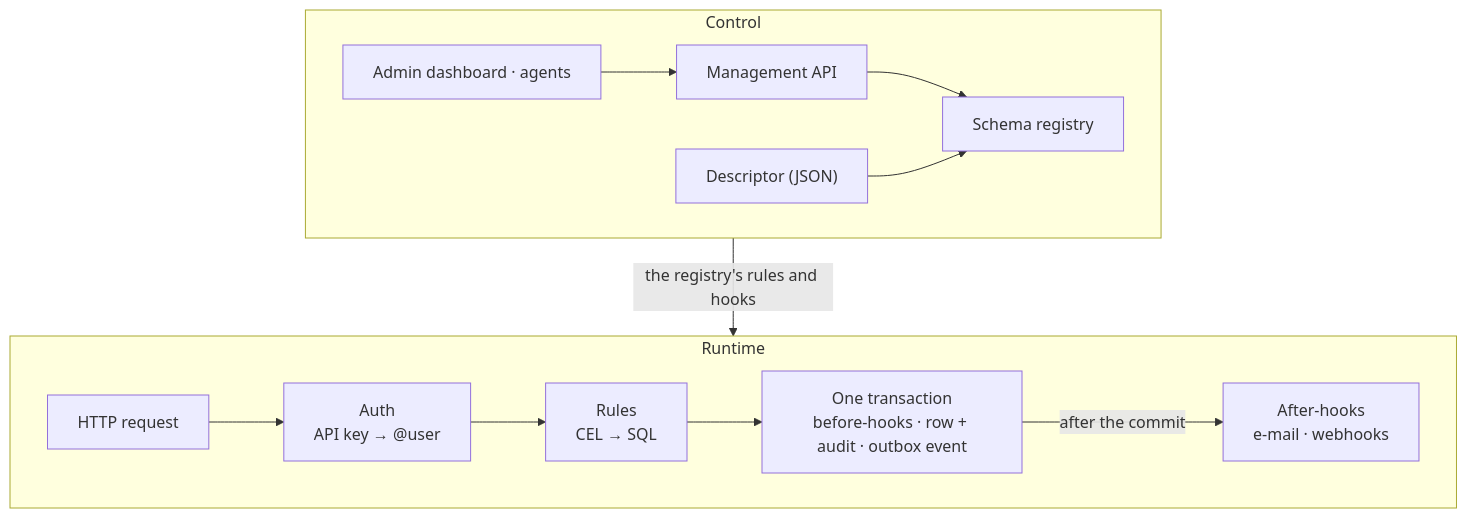
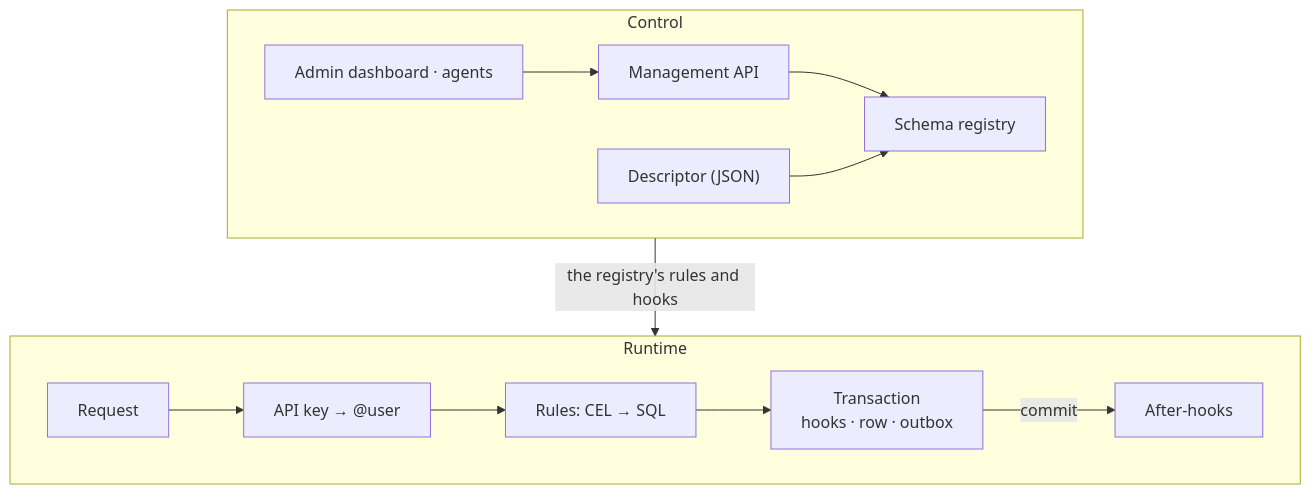
One commit to Burgyn/MMLib.Alvo changed the diagram in README.md. Above: the diagram before and after it, drawn with Mermaid. The commit also changed other lines of this file and 3 other files, not shown here.

````diff
--- a/README.md
+++ b/README.md
@@ -157,15 +160,15 @@
 ```mermaid
 flowchart TB
   subgraph Control
     direction LR
     clients["Admin dashboard · agents"] --> management["Management API"] --> registry["Schema registry"]
     descriptor["Descriptor (JSON)"] --> registry
   end
   subgraph Runtime
     direction LR
-    request["HTTP request"] --> auth["Auth<br/>API key → @user"] --> policy["Rules<br/>CEL → SQL"]
-    policy --> tx["One transaction<br/>before-hooks · row + audit · outbox event"]
-    tx -- "after the commit" --> after["After-hooks<br/>e-mail · webhooks"]
+    request["Request"] --> auth["API key → @user"] --> policy["Rules: CEL → SQL"]
+    policy --> tx["Transaction<br/>hooks · row · outbox"]
+    tx -- "commit" --> after["After-hooks"]
   end
   Control -- "the registry's rules and hooks" --> Runtime
 ```
````
